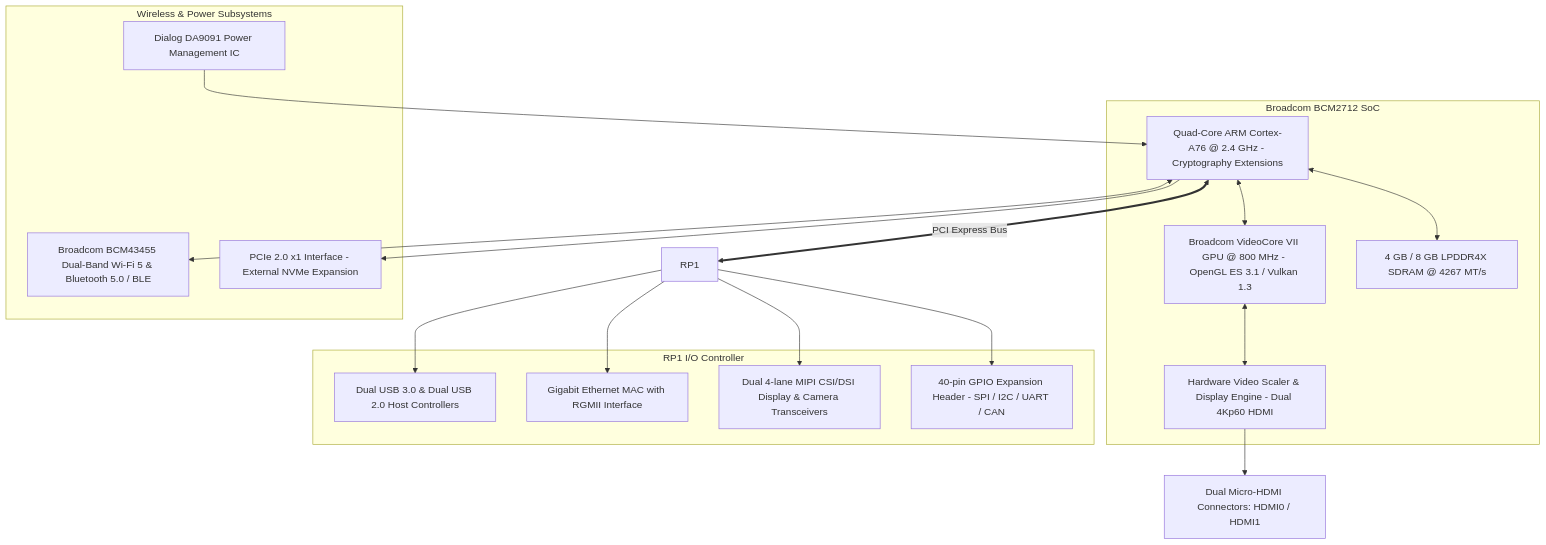
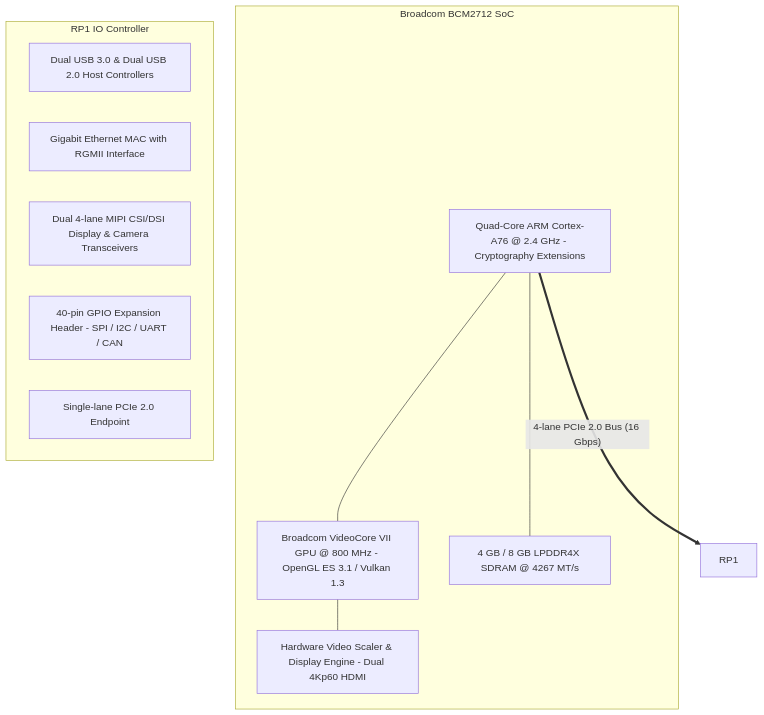
The second of 2 diagrams in README.md (skrehanahamed/meta-custom-rpi5), drawn with Mermaid before and after one commit. The commit also changed other lines of this file and 7 other files, not shown here.

````diff
--- a/README.md
+++ b/README.md
@@ -27,35 +98,22 @@
 ```mermaid
 graph TD
     subgraph Broadcom BCM2712 SoC
         CPU[Quad-Core ARM Cortex-A76 @ 2.4 GHz - Cryptography Extensions]
         GPU[Broadcom VideoCore VII GPU @ 800 MHz - OpenGL ES 3.1 / Vulkan 1.3]
         VPU[Hardware Video Scaler & Display Engine - Dual 4Kp60 HDMI]
         RAM[4 GB / 8 GB LPDDR4X SDRAM @ 4267 MT/s]
     end
 
-    subgraph RP1 I/O Controller
+    subgraph RP1 IO Controller
         USB[Dual USB 3.0 & Dual USB 2.0 Host Controllers]
         ETH[Gigabit Ethernet MAC with RGMII Interface]
         MIPI[Dual 4-lane MIPI CSI/DSI Display & Camera Transceivers]
         GPIO[40-pin GPIO Expansion Header - SPI / I2C / UART / CAN]
+        PCIE[Single-lane PCIe 2.0 Endpoint]
     end
 
-    subgraph Wireless & Power Subsystems
-        WIFI_BT[Broadcom BCM43455 Dual-Band Wi-Fi 5 & Bluetooth 5.0 / BLE]
-        PMIC[Dialog DA9091 Power Management IC]
-        PCIE[PCIe 2.0 x1 Interface - External NVMe Expansion]
-    end
-
-    CPU <--> RAM
-    CPU <--> GPU
-    GPU <--> VPU
-    CPU <== PCI Express Bus ==> RP1
-    VPU --> HDMI_OUT[Dual Micro-HDMI Connectors: HDMI0 / HDMI1]
-    RP1 --> USB
-    RP1 --> ETH
-    RP1 --> MIPI
-    RP1 --> GPIO
-    CPU <--> WIFI_BT
-    PMIC --> CPU
-    CPU --> PCIE
+    CPU --- GPU
+    GPU --- VPU
+    CPU --- RAM
+    CPU == 4-lane PCIe 2.0 Bus (16 Gbps) ==> RP1
 ```
````
